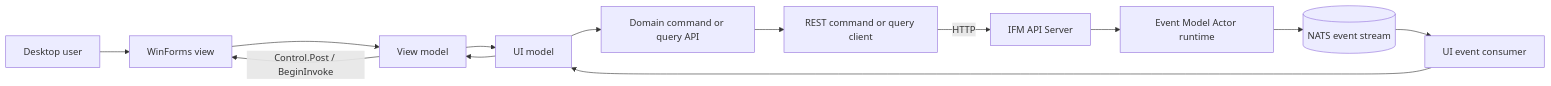
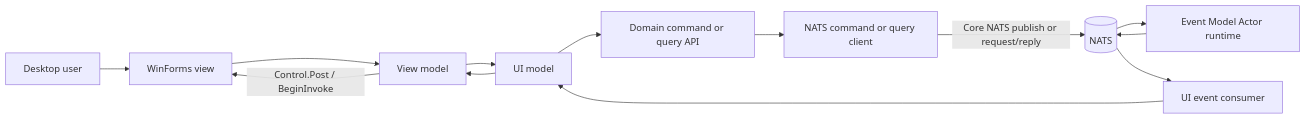
Before and after one commit to basilthomas911/IFM: the first of 2 diagrams in TomasAI.IFM.UI.Net/Docs/UI-Implementation-Details.md, drawn with Mermaid. The commit also changed other lines of this file and 10 other files, not shown here.

````diff
--- a/TomasAI.IFM.UI.Net/Docs/UI-Implementation-Details.md
+++ b/TomasAI.IFM.UI.Net/Docs/UI-Implementation-Details.md
@@ -42,27 +42,26 @@
 ```mermaid
 flowchart LR
     User[Desktop user]
     View[WinForms view]
     ViewModel[View model]
     Model[UI model]
     DomainApi[Domain command or query API]
-    RestClient[REST command or query client]
-    ApiServer[IFM API Server]
+    NatsClient[NATS command or query client]
+    Nats[(NATS)]
     UiConsumer[UI event consumer]
-    Nats[(NATS event stream)]
     ActorRuntime[Event Model Actor runtime]
 
     User --> View
     View --> ViewModel
     ViewModel --> Model
     Model --> DomainApi
-    DomainApi --> RestClient
-    RestClient -->|HTTP| ApiServer
-    ApiServer --> ActorRuntime
+    DomainApi --> NatsClient
+    NatsClient -->|Core NATS publish or request/reply| Nats
+    Nats --> ActorRuntime
 
     ActorRuntime --> Nats
     Nats --> UiConsumer
     UiConsumer --> Model
     Model --> ViewModel
     ViewModel -->|Control.Post / BeginInvoke| View
 ```
````
